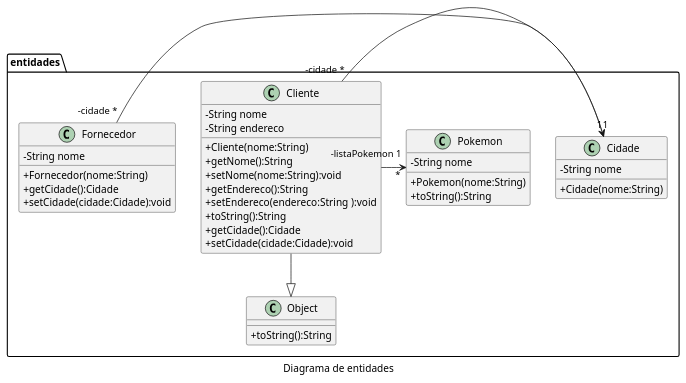
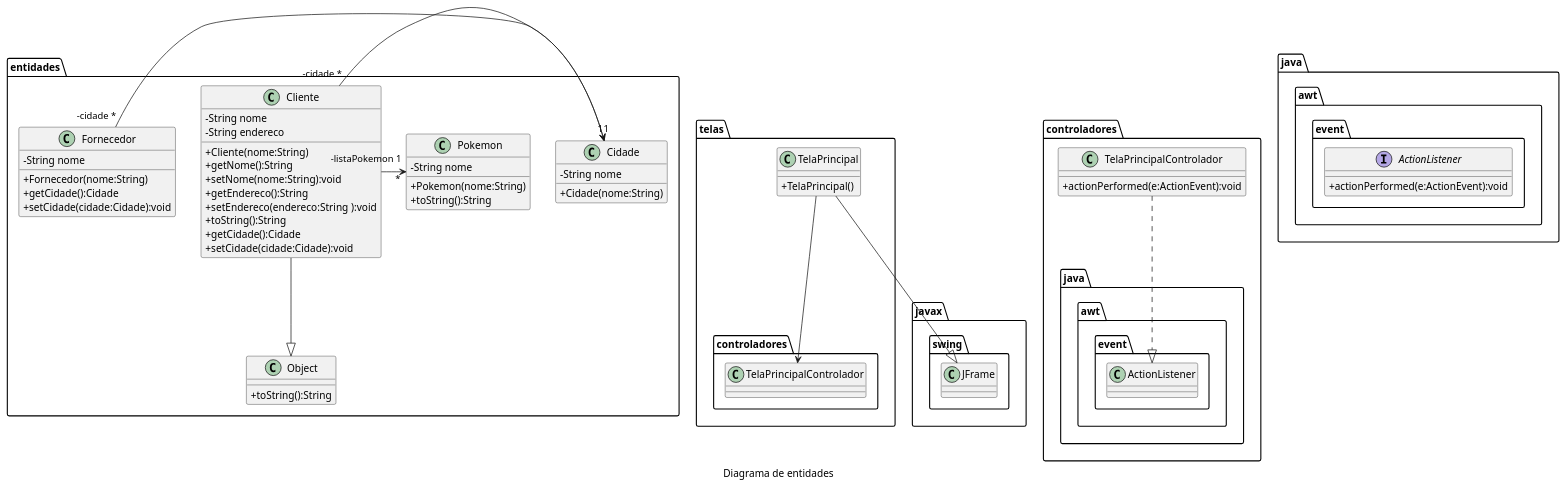
One commit to waltercoan/fso-turmaa-revoo changed the diagram in diagramas/classes.puml. Above: the diagram before and after it, drawn with PlantUML. The commit also changed 3 other files, not shown here.

```diff
--- a/diagramas/classes.puml
+++ b/diagramas/classes.puml
@@ -1,43 +1,65 @@
 @startuml
 skinparam classAttributeIconSize 0
 ' left to right direction
 caption Diagrama de entidades
 namespace entidades {
     class Object{
         + toString():String
     }
     class Cliente {
         - String nome
         - String endereco
         + Cliente(nome:String)
         + getNome():String
         + setNome(nome:String):void
         + getEndereco():String
         + setEndereco(endereco:String ):void
         + toString():String
         + getCidade():Cidade
         + setCidade(cidade:Cidade):void
     }
     class Cidade {
         - String nome
         + Cidade(nome:String)
     }
     class Fornecedor {
         - String nome
         + Fornecedor(nome:String)
         + getCidade():Cidade
         + setCidade(cidade:Cidade):void
     }
     class Pokemon {
         - String nome
         + Pokemon(nome:String)
         + toString():String
     }
 
     Cliente --|> Object
     Cliente "-cidade *" -> "1" Cidade
     Cliente "-listaPokemon 1" -> "*" Pokemon
     Fornecedor "-cidade *" -> "1" Cidade
 }
-
+namespace javax.swing {
+    class JFrame {
+    }
+}
+namespace telas {
+    
+    class TelaPrincipal {
+        + TelaPrincipal()   
+    }
+    TelaPrincipal --|> javax.swing.JFrame
+    TelaPrincipal --> controladores.TelaPrincipalControlador
+}
+namespace controladores {
+    class TelaPrincipalControlador{
+        + actionPerformed(e:ActionEvent):void
+    }
+    TelaPrincipalControlador ..|> java.awt.event.ActionListener
+}
+namespace java.awt.event {
+    interface ActionListener{
+        + actionPerformed(e:ActionEvent):void
+    }
+}
 @enduml
```
